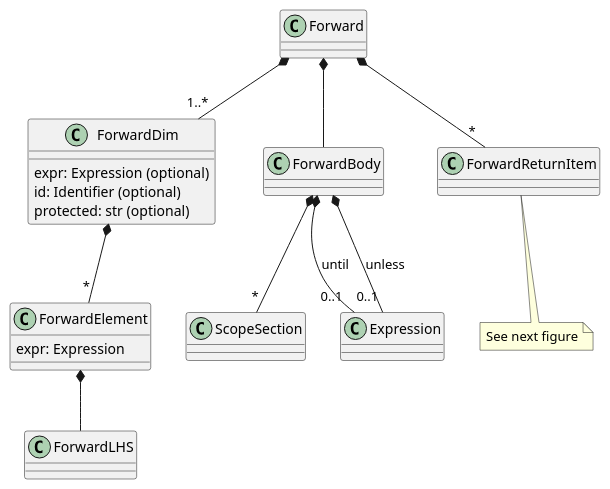
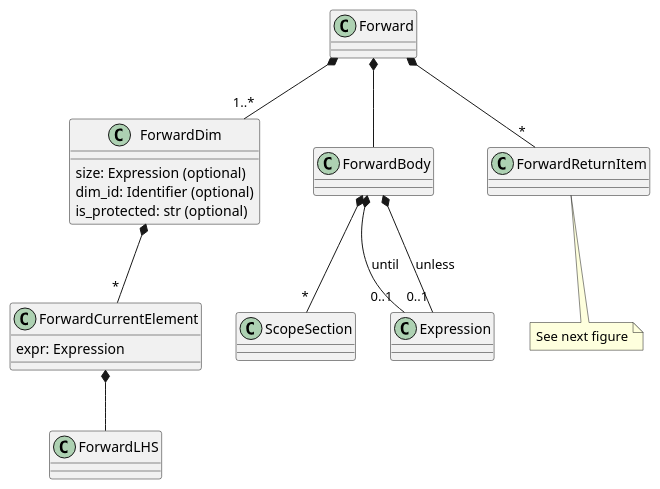
One commit to ansys/pyscadeone changed the diagram in doc/source/api/language/expressions/forward.puml. Above: the diagram before and after it, drawn with PlantUML. The commit also changed 451 other files, not shown here.

```diff
--- a/doc/source/api/language/expressions/forward.puml
+++ b/doc/source/api/language/expressions/forward.puml
@@ -1,26 +1,26 @@
 @startuml
 ' Forward
 skinparam groupInheritance 2
 
 Forward *-- "1..*" ForwardDim
 Forward *-- ForwardBody
 Forward *-- "*" ForwardReturnItem
 note bottom of ForwardReturnItem: See next figure
 
 ForwardBody *-- "*" ScopeSection
 ForwardBody *-- "0..1" Expression: until
 ForwardBody *-- "0..1" Expression: unless
 
 class ForwardDim {
-    expr: Expression (optional)
-    id: Identifier (optional)
-    protected: str (optional)
+    size: Expression (optional)
+    dim_id: Identifier (optional)
+    is_protected: str (optional)
 }
 
-ForwardDim *-- "*" ForwardElement
-class ForwardElement {
+ForwardDim *-- "*" ForwardCurrentElement
+class ForwardCurrentElement {
     expr: Expression
 }
-ForwardElement *-- ForwardLHS
+ForwardCurrentElement *-- ForwardLHS
 
 @enduml
```
